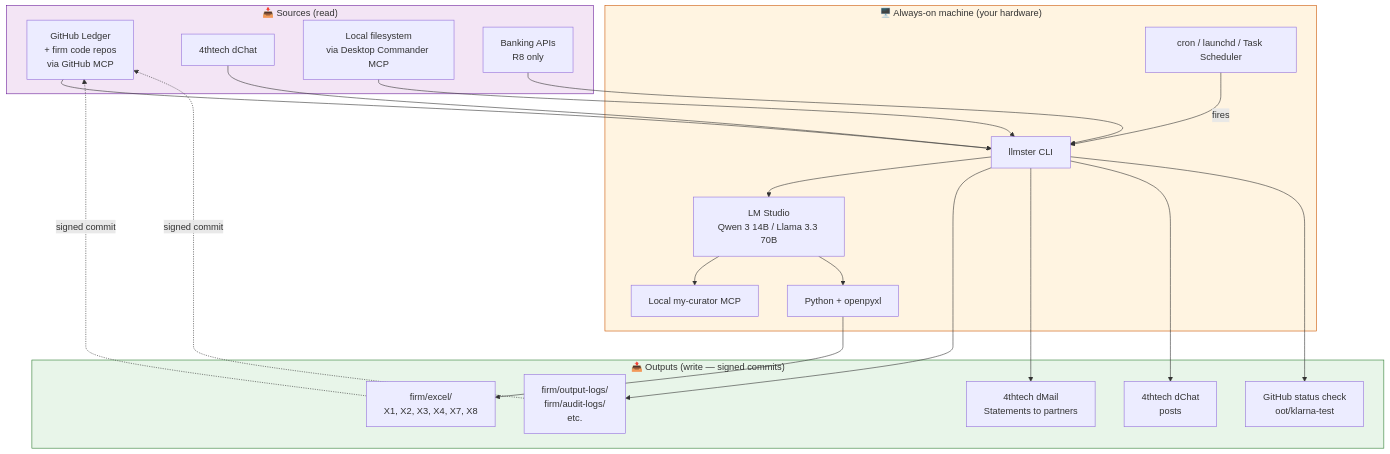
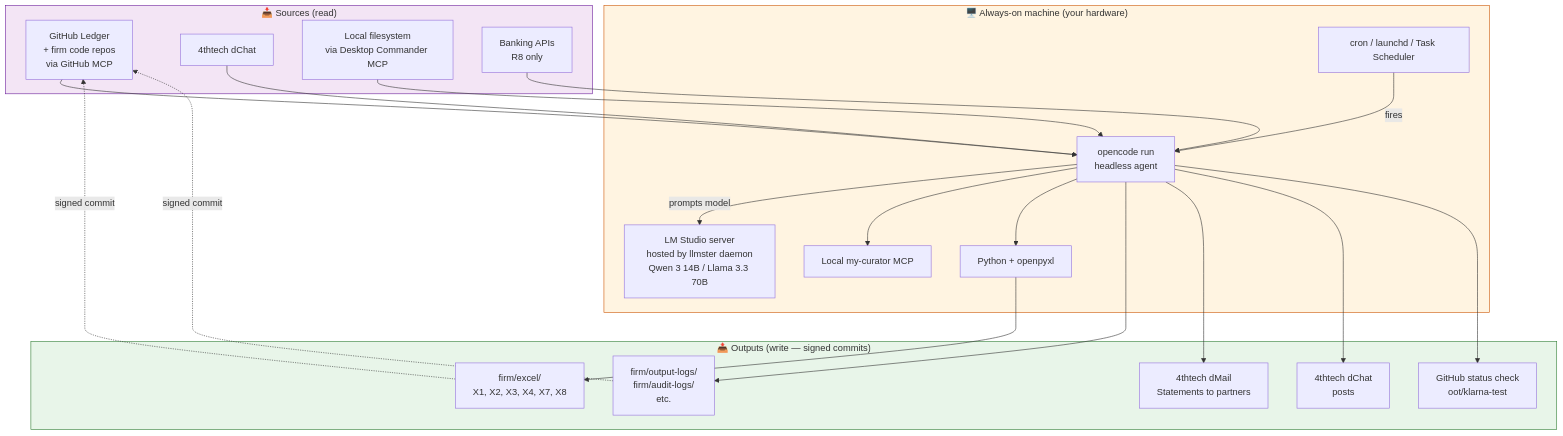
The second of 4 diagrams in docs/AUTOMATION-PIPELINE.md (talirezun/oot-framework), drawn with Mermaid before and after one commit. The commit also changed other lines of this file and 27 other files, not shown here.

````diff
--- a/docs/AUTOMATION-PIPELINE.md
+++ b/docs/AUTOMATION-PIPELINE.md
@@ -287,46 +287,46 @@
 ```mermaid
 flowchart TB
     subgraph Sources_p["📥 Sources (read)"]
         GitHub_p[GitHub Ledger<br/>+ firm code repos<br/>via GitHub MCP]
         DChat[4thtech dChat]
         Local[Local filesystem<br/>via Desktop Commander MCP]
         BankP[Banking APIs<br/>R8 only]
     end
 
     subgraph AlwaysOn["🖥️ Always-on machine (your hardware)"]
         Cron[cron / launchd / Task Scheduler]
-        LLMster[llmster CLI]
-        LMStudio[LM Studio<br/>Qwen 3 14B / Llama 3.3 70B]
+        OpenCode[opencode run<br/>headless agent]
+        LMStudio[LM Studio server<br/>hosted by llmster daemon<br/>Qwen 3 14B / Llama 3.3 70B]
         OpenpyxlP[Python + openpyxl]
         CuratorLocal[Local my-curator MCP]
     end
 
     subgraph Outputs_p["📤 Outputs (write — signed commits)"]
         BrainXLSX_p[firm/excel/<br/>X1, X2, X3, X4, X7, X8]
         BrainMD_p[firm/output-logs/<br/>firm/audit-logs/<br/>etc.]
         DMail[4thtech dMail<br/>Statements to partners]
         DChatPost[4thtech dChat<br/>posts]
         StatusCheck_p[GitHub status check<br/>oot/klarna-test]
     end
 
-    Cron -->|fires| LLMster
-    LLMster --> LMStudio
-    LMStudio --> CuratorLocal
-    LMStudio --> OpenpyxlP
-    GitHub_p --> LLMster
-    DChat --> LLMster
-    Local --> LLMster
-    BankP --> LLMster
+    Cron -->|fires| OpenCode
+    OpenCode -->|prompts model| LMStudio
+    OpenCode --> CuratorLocal
+    OpenCode --> OpenpyxlP
+    GitHub_p --> OpenCode
+    DChat --> OpenCode
+    Local --> OpenCode
+    BankP --> OpenCode
 
     OpenpyxlP --> BrainXLSX_p
-    LLMster --> BrainMD_p
+    OpenCode --> BrainMD_p
     BrainXLSX_p -.signed commit.-> GitHub_p
     BrainMD_p -.signed commit.-> GitHub_p
-    LLMster --> DMail
-    LLMster --> DChatPost
-    LLMster --> StatusCheck_p
+    OpenCode --> DMail
+    OpenCode --> DChatPost
+    OpenCode --> StatusCheck_p
 
     style AlwaysOn fill:#fff4e1,stroke:#cc5500
     style Outputs_p fill:#e8f5e9,stroke:#2e7d32
     style Sources_p fill:#f3e5f5,stroke:#6a1b9a
 ```
````
